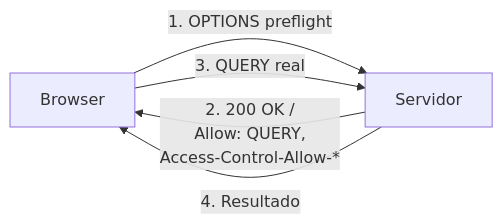
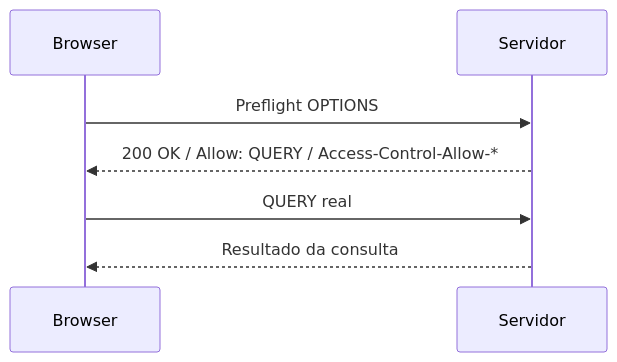
Before and after one commit to dyotamo/blog: the eighth of 9 diagrams in content/pt/articles/http-query-method/index.md, drawn with Mermaid. The commit also changed other lines of this file and 26 other files, not shown here.

````diff
--- a/content/pt/articles/http-query-method/index.md
+++ b/content/pt/articles/http-query-method/index.md
@@ -321,7 +332,9 @@
 ```mermaid
-graph LR
-    Browser -->|1. OPTIONS preflight| Servidor
-    Servidor -->|2. 200 OK /<br/>Allow: QUERY,<br/>Access-Control-Allow-*| Browser
-    Browser -->|3. QUERY real| Servidor
-    Servidor -->|4. Resultado| Browser
+sequenceDiagram
+    participant Browser
+    participant Servidor
+    Browser->>Servidor: Preflight OPTIONS
+    Servidor-->>Browser: 200 OK / Allow: QUERY / Access-Control-Allow-*
+    Browser->>Servidor: QUERY real
+    Servidor-->>Browser: Resultado da consulta
 ```
````
